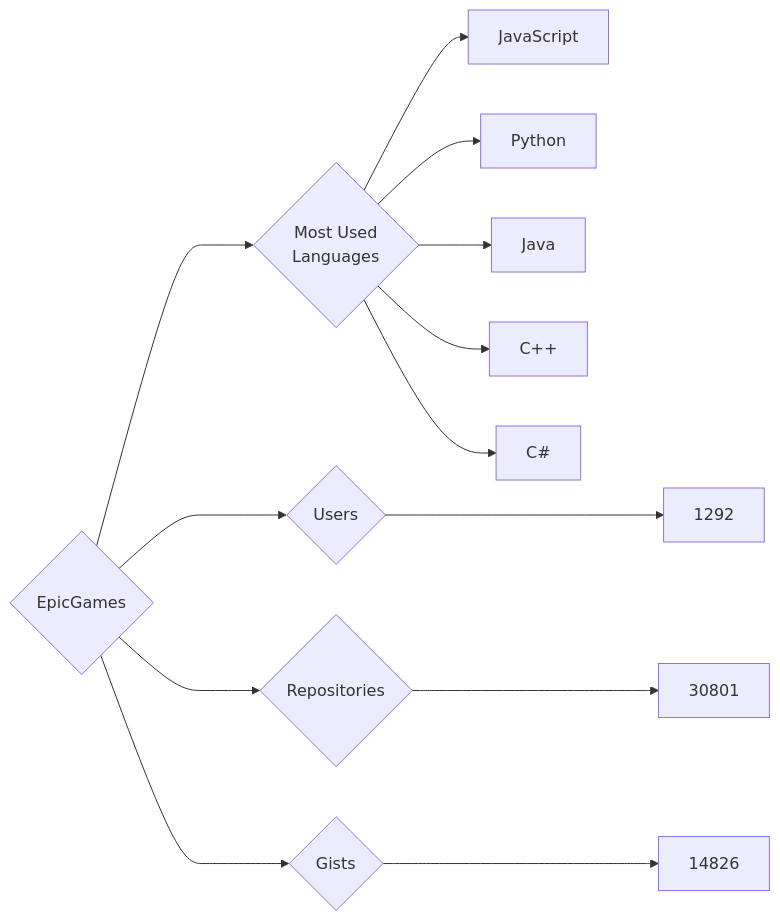
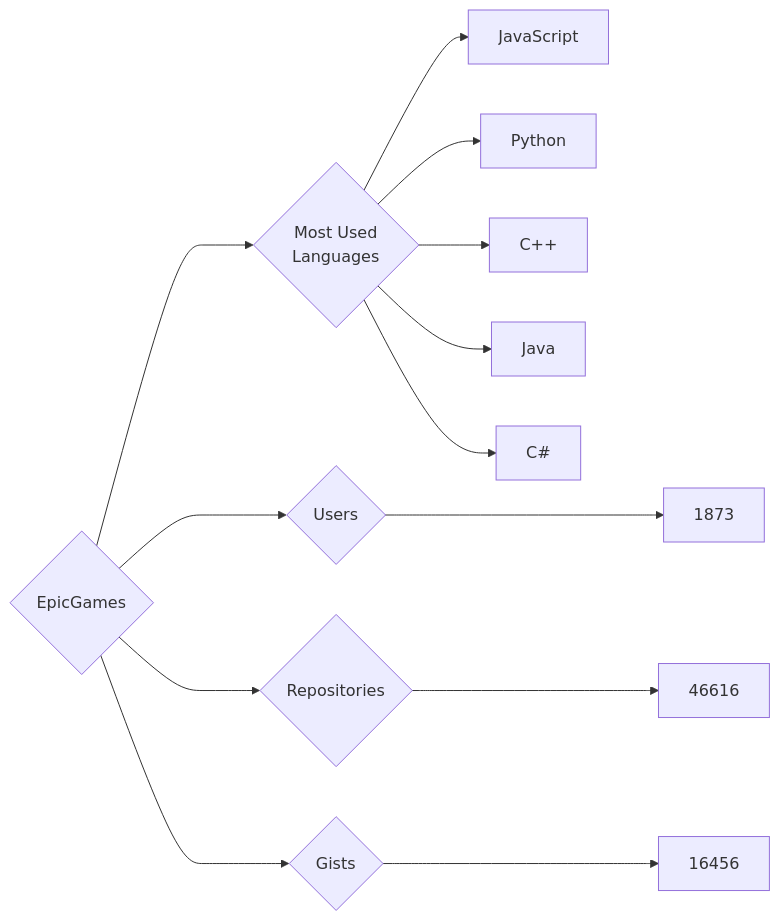
The diagram in targets/EpicGames/README.md (trickest/insiders), drawn with Mermaid before and after one commit. The commit also changed 714 other files, not shown here.

````diff
--- a/targets/EpicGames/README.md
+++ b/targets/EpicGames/README.md
@@ -3,13 +3,13 @@
 ```mermaid
 graph LR
 COMPANY_NAME{EpicGames}
-COMPANY_NAME ---> U{Users} ---> UN[1292]
-COMPANY_NAME ---> R{Repositories} ---> RN[30801]
-COMPANY_NAME ---> G{Gists} ---> GN[14826]
+COMPANY_NAME ---> U{Users} ---> UN[1873]
+COMPANY_NAME ---> R{Repositories} ---> RN[46616]
+COMPANY_NAME ---> G{Gists} ---> GN[16456]
 COMPANY_NAME ---> ML{Most Used<br>Languages}
 ML --> JavaScript[JavaScript]
 ML --> Python[Python]
+ML --> C++[C++]
 ML --> Java[Java]
-ML --> C++[C++]
 ML --> C#[C#]
 ```
````
